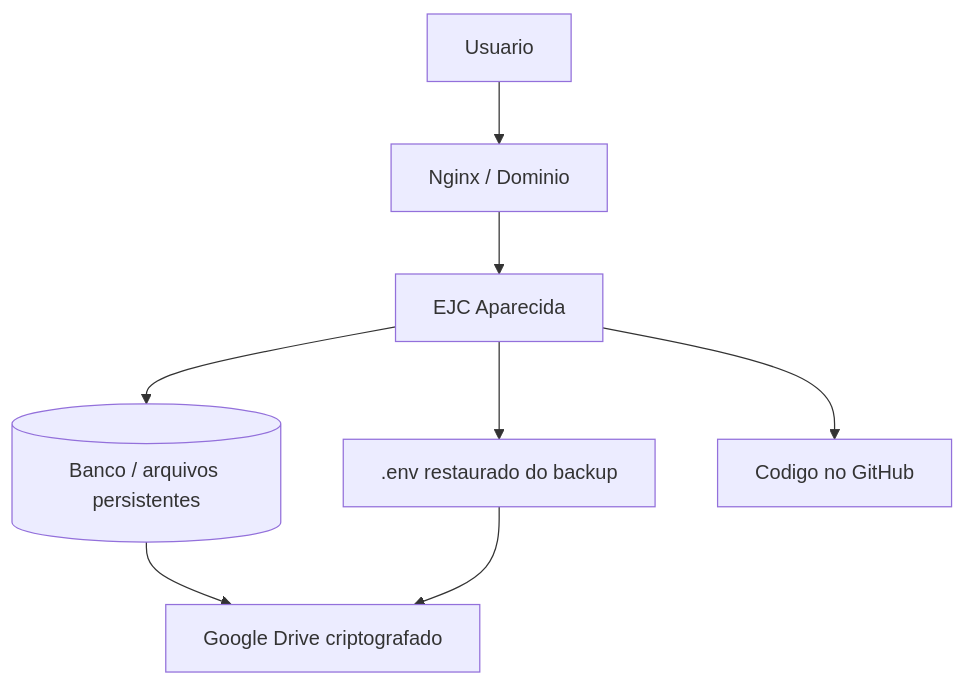
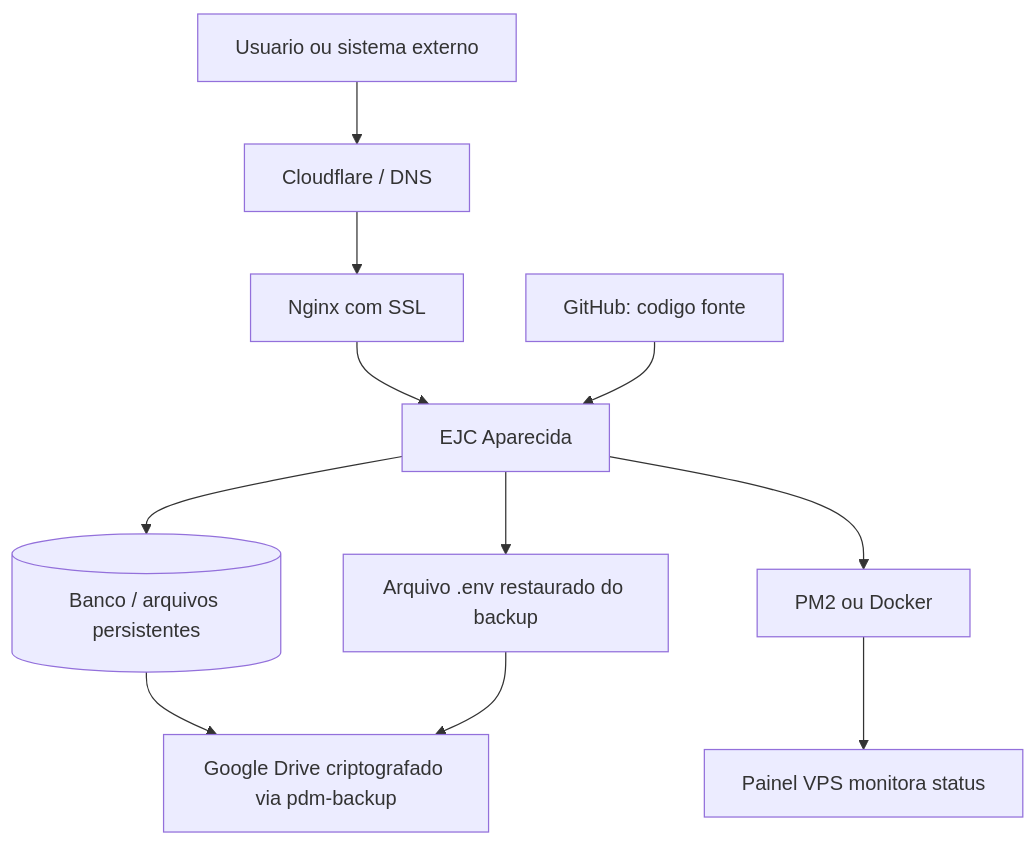
The diagram in FLUXO.md (victormarconi/ejcaparecida), drawn with Mermaid before and after one commit. The commit also changed other lines of this file, not shown here.

Commit message:
docs: detalhar fluxograma

````diff
--- a/FLUXO.md
+++ b/FLUXO.md
@@ -3,10 +3,13 @@
 ```mermaid
 flowchart TD
-  U[Usuario] --> N[Nginx / Dominio]
-  N --> A[EJC Aparecida]
-  A --> ENV[.env restaurado do backup]
-  A --> DB[(Banco / arquivos persistentes)]
-  DB --> GD[Google Drive criptografado]
-  ENV --> GD
-  A --> GH[Codigo no GitHub]
+  U[Usuario ou sistema externo] --> DNS[Cloudflare / DNS]
+  DNS --> NG[Nginx com SSL]
+  NG --> APP[EJC Aparecida]
+  APP --> ENV[Arquivo .env restaurado do backup]
+  APP --> DATA[(Banco / arquivos persistentes)]
+  APP --> PROC[PM2 ou Docker]
+  DATA --> BACKUP[Google Drive criptografado via pdm-backup]
+  ENV --> BACKUP
+  PROC --> MON[Painel VPS monitora status]
+  GH[GitHub: codigo fonte] --> APP
 ```
````
